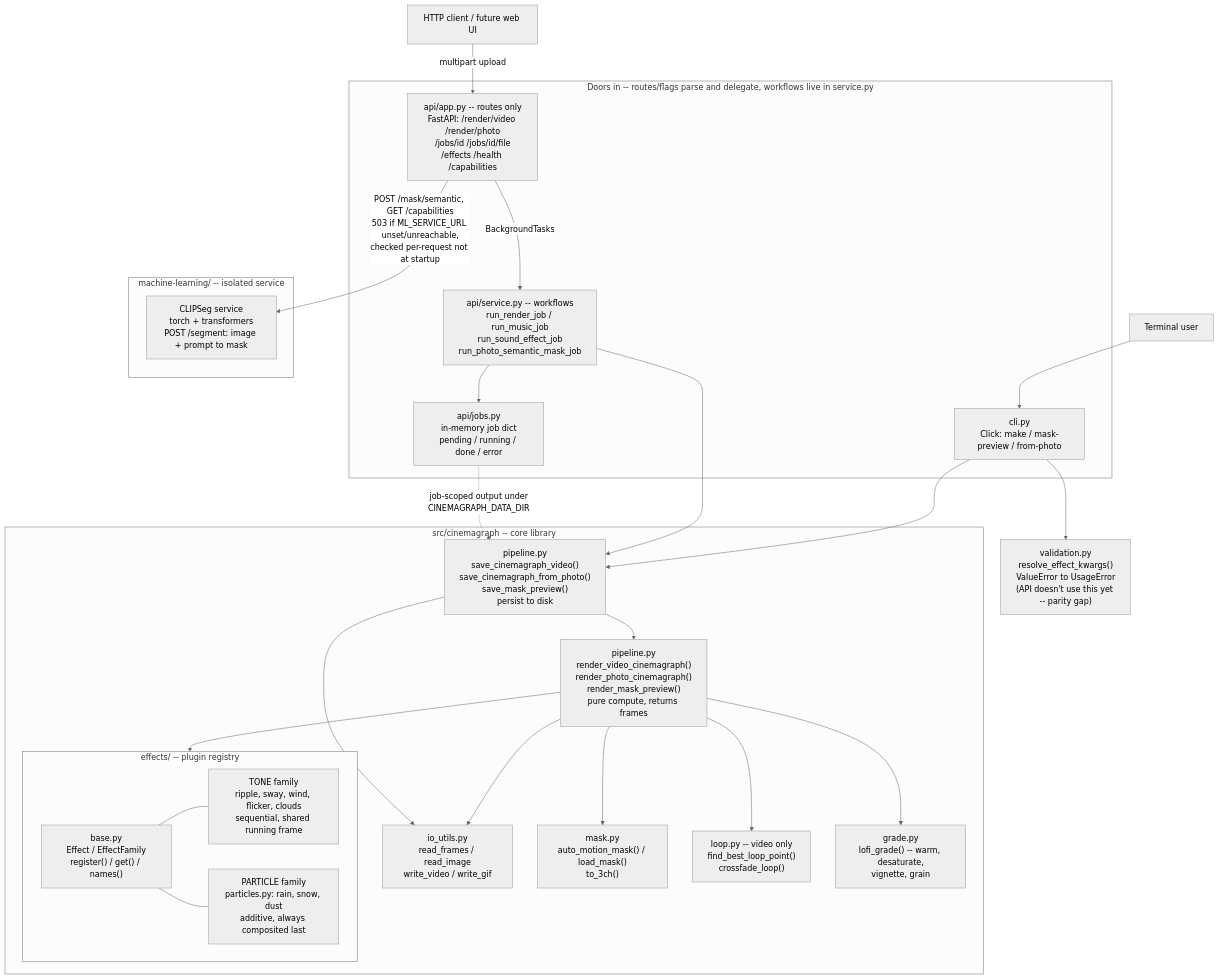
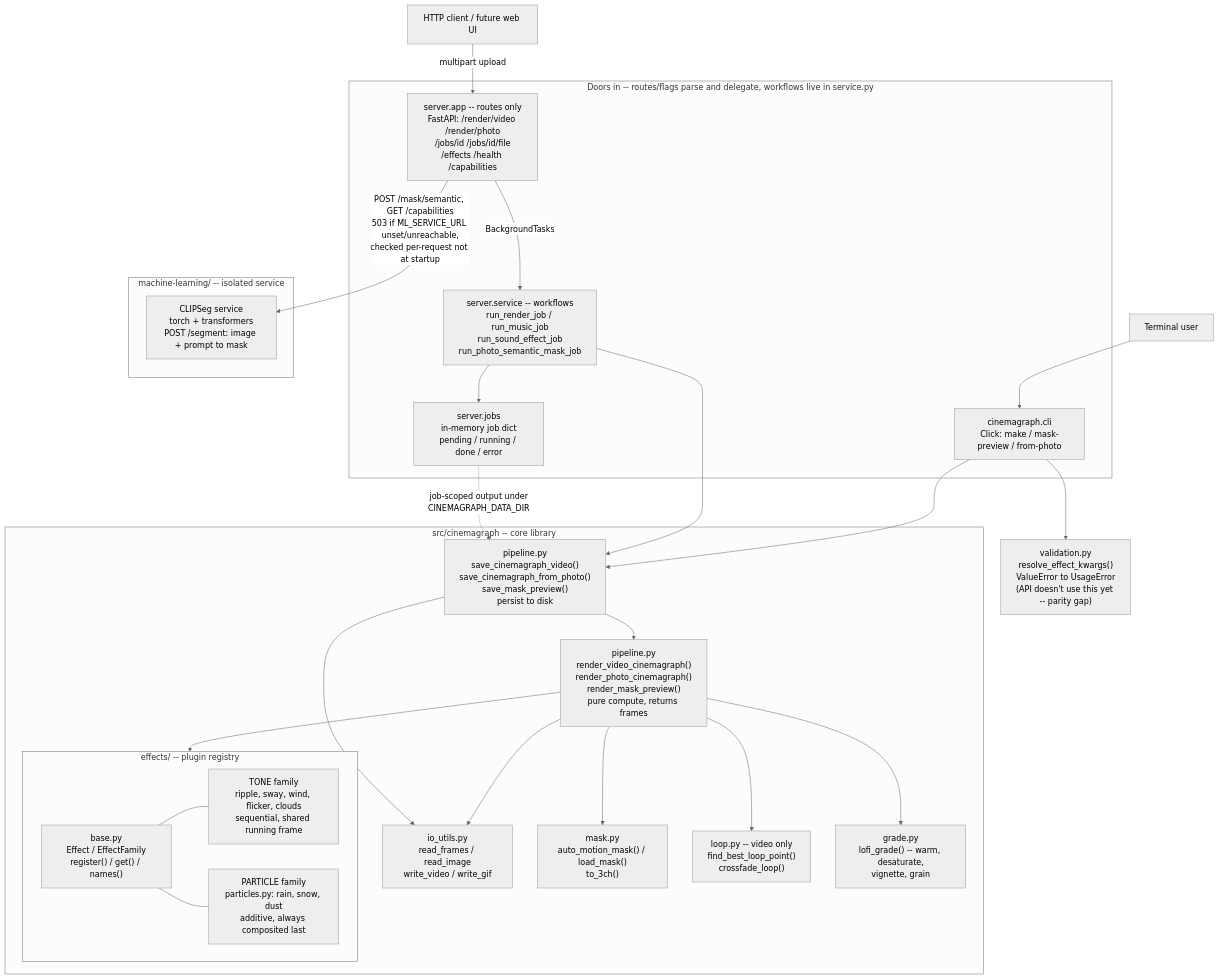
Before and after one commit to glb99/cinemagraph: the first of 2 diagrams in README.md, drawn with Mermaid (neutral theme). The commit also changed other lines of this file and 18 other files, not shown here.

First line of the commit message:
Move api/ into src/ as a sibling package, then rename it to server

````diff
--- a/README.md
+++ b/README.md
@@ -243,56 +243,56 @@
 ```mermaid
 flowchart TB
     TermUser["Terminal user"]
     HttpUser["HTTP client / future web UI"]
 
     TermUser --> CLI
     HttpUser -->|"multipart upload"| API
 
     subgraph EntryPoints["Doors in -- routes/flags parse and delegate, workflows live in service.py"]
-        CLI["cli.py<br/>Click: make / mask-preview / from-photo"]
-        API["api/app.py -- routes only<br/>FastAPI: /render/video /render/photo<br/>/jobs/id /jobs/id/file<br/>/effects /health /capabilities"]
-        Service["api/service.py -- workflows<br/>run_render_job / run_music_job<br/>run_sound_effect_job<br/>run_photo_semantic_mask_job"]
-        Jobs["api/jobs.py<br/>in-memory job dict<br/>pending / running / done / error"]
+        CLI["cinemagraph.cli<br/>Click: make / mask-preview / from-photo"]
+        API["server.app -- routes only<br/>FastAPI: /render/video /render/photo<br/>/jobs/id /jobs/id/file<br/>/effects /health /capabilities"]
+        Service["server.service -- workflows<br/>run_render_job / run_music_job<br/>run_sound_effect_job<br/>run_photo_semantic_mask_job"]
+        Jobs["server.jobs<br/>in-memory job dict<br/>pending / running / done / error"]
         API -->|"BackgroundTasks"| Service
         Service --> Jobs
     end
 
     CLI --> Validation
     Validation["validation.py<br/>resolve_effect_kwargs()<br/>ValueError to UsageError<br/>(API doesn't use this yet -- parity gap)"]
 
     CLI --> Save
     Service --> Save
     Jobs -.->|"job-scoped output under<br/>CINEMAGRAPH_DATA_DIR"| Save
 
     subgraph CoreLib["src/cinemagraph -- core library"]
         Save["pipeline.py<br/>save_cinemagraph_video()<br/>save_cinemagraph_from_photo()<br/>save_mask_preview()<br/>persist to disk"]
         Render["pipeline.py<br/>render_video_cinemagraph()<br/>render_photo_cinemagraph()<br/>render_mask_preview()<br/>pure compute, returns frames"]
         Save --> Render
 
         IO["io_utils.py<br/>read_frames / read_image<br/>write_video / write_gif"]
         Mask["mask.py<br/>auto_motion_mask() / load_mask()<br/>to_3ch()"]
         Loop["loop.py -- video only<br/>find_best_loop_point()<br/>crossfade_loop()"]
         Grade["grade.py<br/>lofi_grade() -- warm, desaturate,<br/>vignette, grain"]
 
         subgraph Effects["effects/ -- plugin registry"]
             Base["base.py<br/>Effect / EffectFamily<br/>register() / get() / names()"]
             Tone["TONE family<br/>ripple, sway, wind, flicker, clouds<br/>sequential, shared running frame"]
             Particle["PARTICLE family<br/>particles.py: rain, snow, dust<br/>additive, always composited last"]
             Base --- Tone
             Base --- Particle
         end
 
         Render --> IO
         Render --> Mask
         Render --> Loop
         Render --> Grade
         Render --> Effects
         Save --> IO
     end
 
     API -->|"POST /mask/semantic, GET /capabilities<br/>503 if ML_SERVICE_URL unset/unreachable,<br/>checked per-request not at startup"| MLService
 
     subgraph MachineLearning["machine-learning/ -- isolated service"]
         MLService["CLIPSeg service<br/>torch + transformers<br/>POST /segment: image + prompt to mask"]
     end
 ```
````
